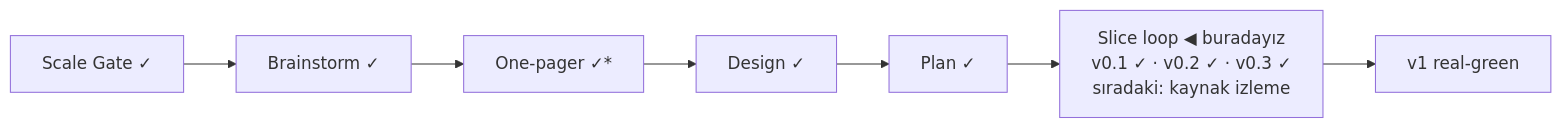
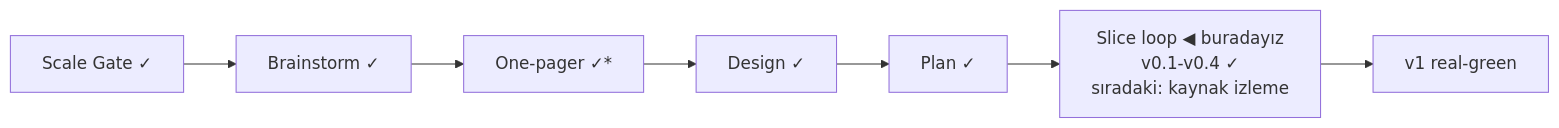
One commit to OytunOnal/permit-rulebook changed the diagram in STATUS.md. Above: the diagram before and after it, drawn with Mermaid. The commit also changed other lines of this file and 4 other files, not shown here.

````diff
--- a/STATUS.md
+++ b/STATUS.md
@@ -7,6 +7,6 @@
 ```mermaid
 flowchart LR
     A[Scale Gate ✓] --> B[Brainstorm ✓] --> C[One-pager ✓*] --> D[Design ✓] --> E[Plan ✓]
-    E --> F["Slice loop ◀ buradayız<br/>v0.1 ✓ · v0.2 ✓ · v0.3 ✓<br/>sıradaki: kaynak izleme"]
+    E --> F["Slice loop ◀ buradayız<br/>v0.1-v0.4 ✓<br/>sıradaki: kaynak izleme"]
     F --> G[v1 real-green]
 ```
````
